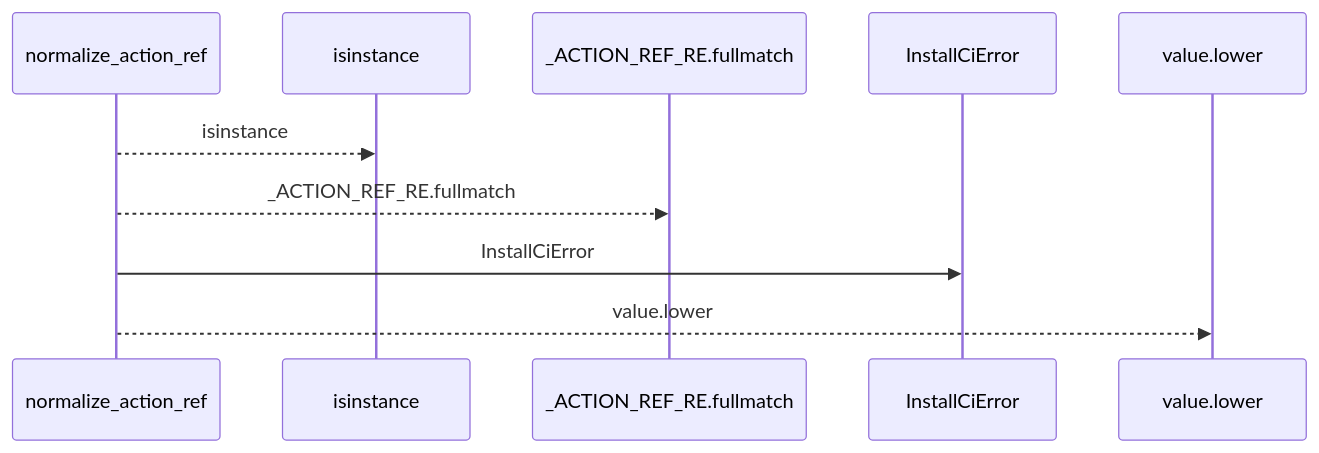
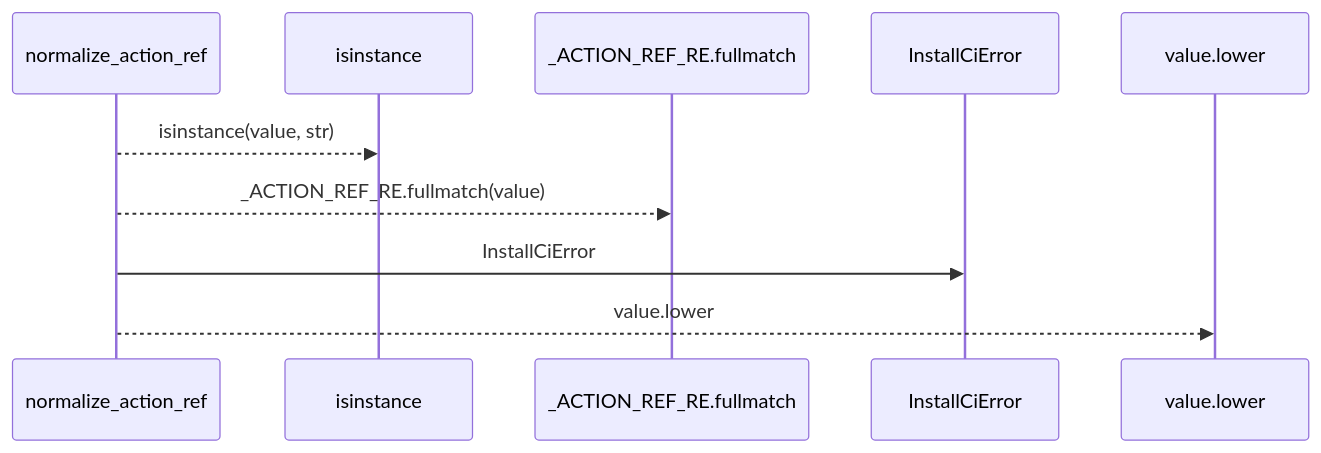
The first of 2 diagrams in docs/llm_wiki/flows/api-normalize_action_ref.md (Denissvgn/python-wiki-llm), drawn with Mermaid before and after one commit. The commit also changed other lines of this file and 1410 other files, not shown here.

````diff
--- a/docs/llm_wiki/flows/api-normalize_action_ref.md
+++ b/docs/llm_wiki/flows/api-normalize_action_ref.md
@@ -10,12 +12,12 @@
 ```mermaid
 sequenceDiagram
     participant p0 as normalize_action_ref
     participant p1 as isinstance
     participant p2 as _ACTION_REF_RE.fullmatch
     participant p3 as InstallCiError
     participant p4 as value.lower
-    p0-->>p1: isinstance
-    p0-->>p2: _ACTION_REF_RE.fullmatch
+    p0-->>p1: isinstance(value, str)
+    p0-->>p2: _ACTION_REF_RE.fullmatch(value)
     p0->>p3: InstallCiError
     p0-->>p4: value.lower
 ```
````
